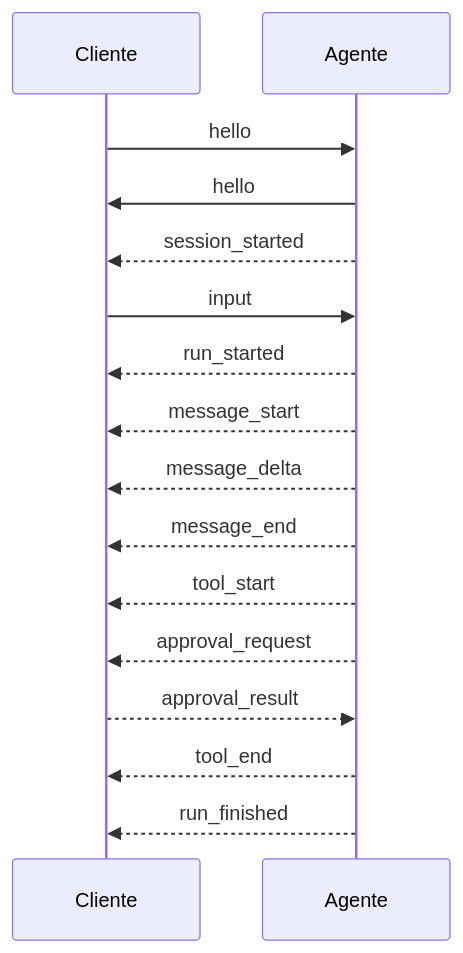
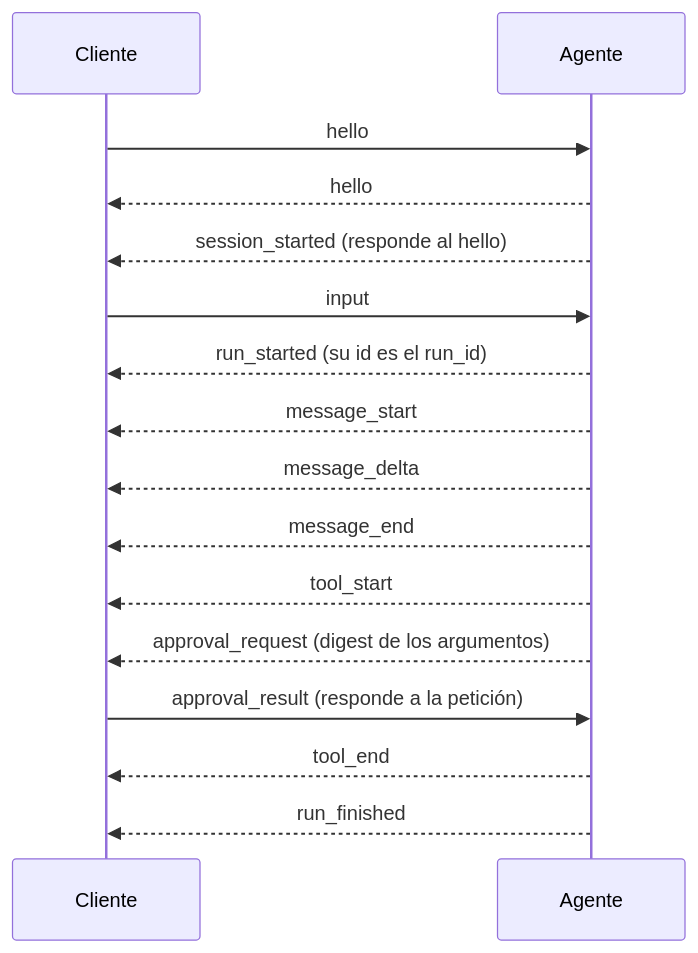
Before and after one commit to 0sw2ld0/PACAI: the second of 2 diagrams in README.md, drawn with Mermaid. The commit also changed other lines of this file and 2 other files, not shown here.

````diff
--- a/README.md
+++ b/README.md
@@ -31,18 +33,18 @@
 ```mermaid
 sequenceDiagram
     participant C as Cliente
     participant A as Agente
     C->>A: hello
-    A->>C: hello
-    A-->>C: session_started
+    A-->>C: hello
+    A-->>C: session_started (responde al hello)
     C->>A: input
-    A-->>C: run_started
+    A-->>C: run_started (su id es el run_id)
     A-->>C: message_start
     A-->>C: message_delta
     A-->>C: message_end
     A-->>C: tool_start
-    A-->>C: approval_request
-    C-->>A: approval_result
+    A-->>C: approval_request (digest de los argumentos)
+    C->>A: approval_result (responde a la petición)
     A-->>C: tool_end
     A-->>C: run_finished
 ```
````
